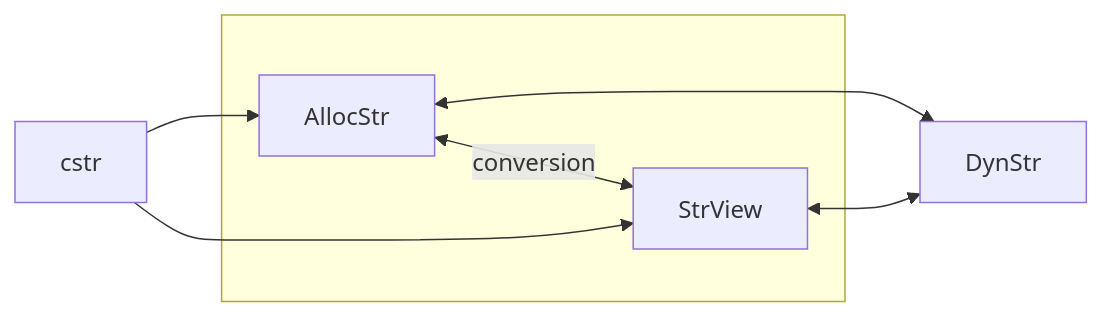
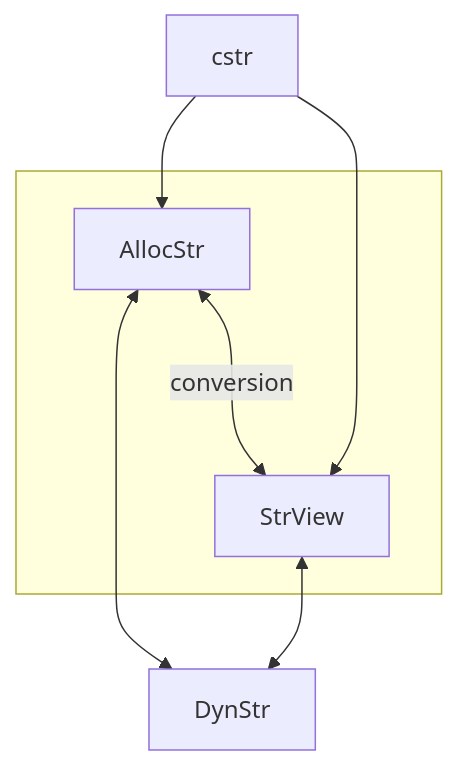
The first of 3 diagrams in src/util/str/README.md (kvbc/rylang), drawn with Mermaid before and after one commit. The commit also changed other lines of this file, not shown here.

````diff
--- a/src/util/str/README.md
+++ b/src/util/str/README.md
@@ -8,8 +8,8 @@
 ```mermaid
-graph LR
+graph TD
     cstr --> AllocStr & StrView
     AllocStr & StrView <--> DynStr
     subgraph " "
-        AllocStr <--conversion--> StrView
+        AllocStr <---> |conversion| StrView
     end
 ```
````
